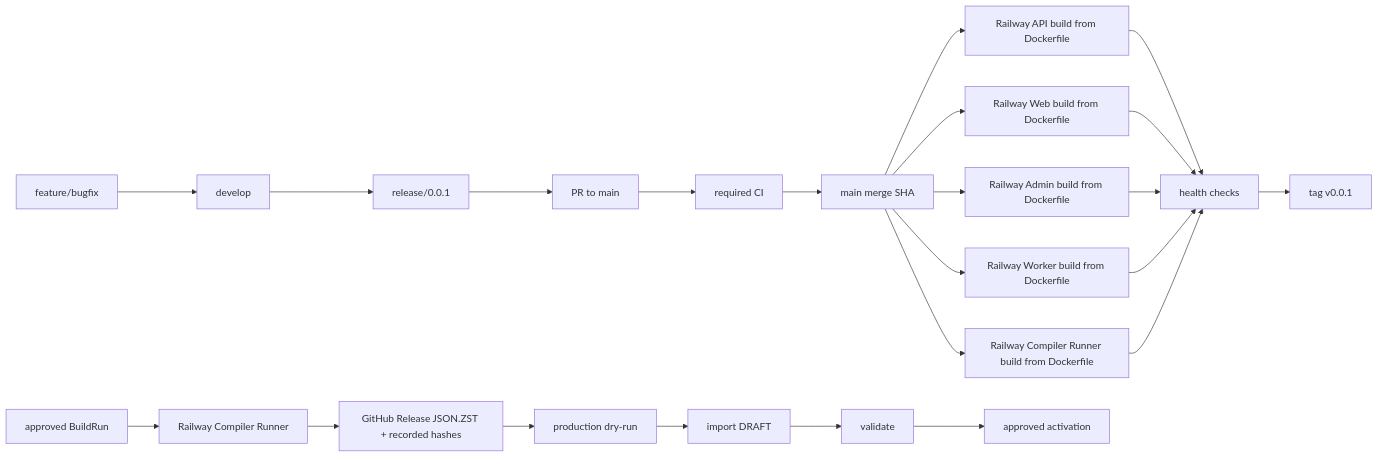
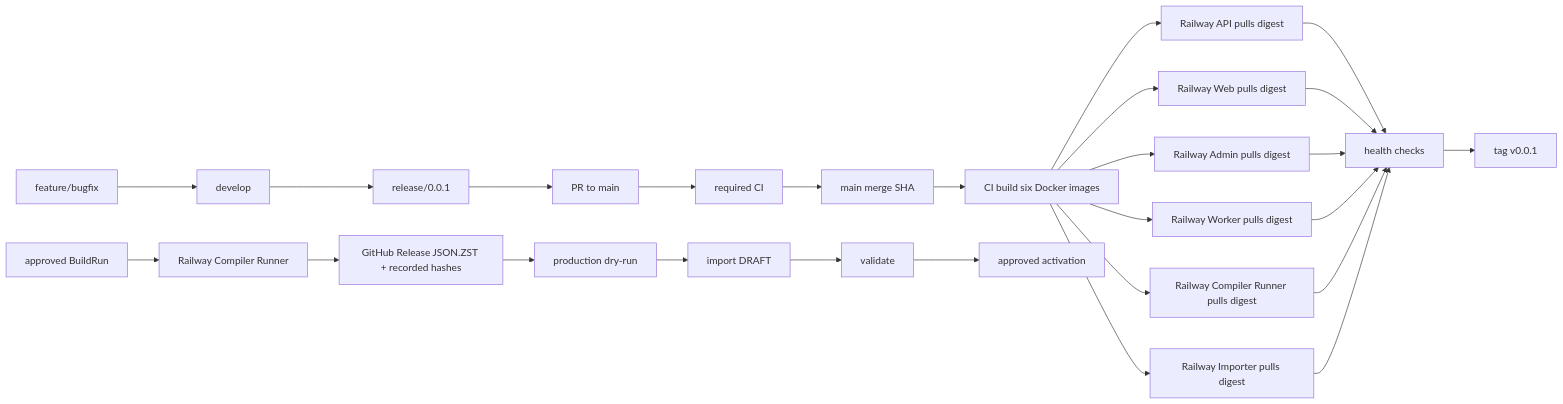
Before and after one commit to yinmingdi/sylis: the diagram in docs/overview/refactor/delivery/cicd-security.md, drawn with Mermaid. The commit also changed other lines of this file and 1012 other files, not shown here.

````diff
--- a/docs/overview/refactor/delivery/cicd-security.md
+++ b/docs/overview/refactor/delivery/cicd-security.md
@@ -5,26 +5,29 @@
 ```mermaid
 flowchart LR
   F[feature/bugfix] --> D[develop]
   D --> R[release/0.0.1]
   R --> PR[PR to main]
   PR --> CI[required CI]
   CI --> M[main merge SHA]
-  M --> RA[Railway API build from Dockerfile]
-  M --> RW[Railway Web build from Dockerfile]
-  M --> RAD[Railway Admin build from Dockerfile]
-  M --> RWK[Railway Worker build from Dockerfile]
-  M --> RCR[Railway Compiler Runner build from Dockerfile]
+  M --> IMG[CI build six Docker images]
+  IMG --> RA[Railway API pulls digest]
+  IMG --> RW[Railway Web pulls digest]
+  IMG --> RAD[Railway Admin pulls digest]
+  IMG --> RWK[Railway Worker pulls digest]
+  IMG --> RCR[Railway Compiler Runner pulls digest]
+  IMG --> RI[Railway Importer pulls digest]
   RA --> H[health checks]
   RW --> H
   RAD --> H
   RWK --> H
   RCR --> H
+  RI --> H
   H --> T[tag v0.0.1]
 
   LB[approved BuildRun] --> CR[Railway Compiler Runner]
   CR --> J[GitHub Release JSON.ZST + recorded hashes]
   J --> DRY[production dry-run]
   DRY --> IMP[import DRAFT]
   IMP --> VAL[validate]
   VAL --> ACT[approved activation]
 ```
````
